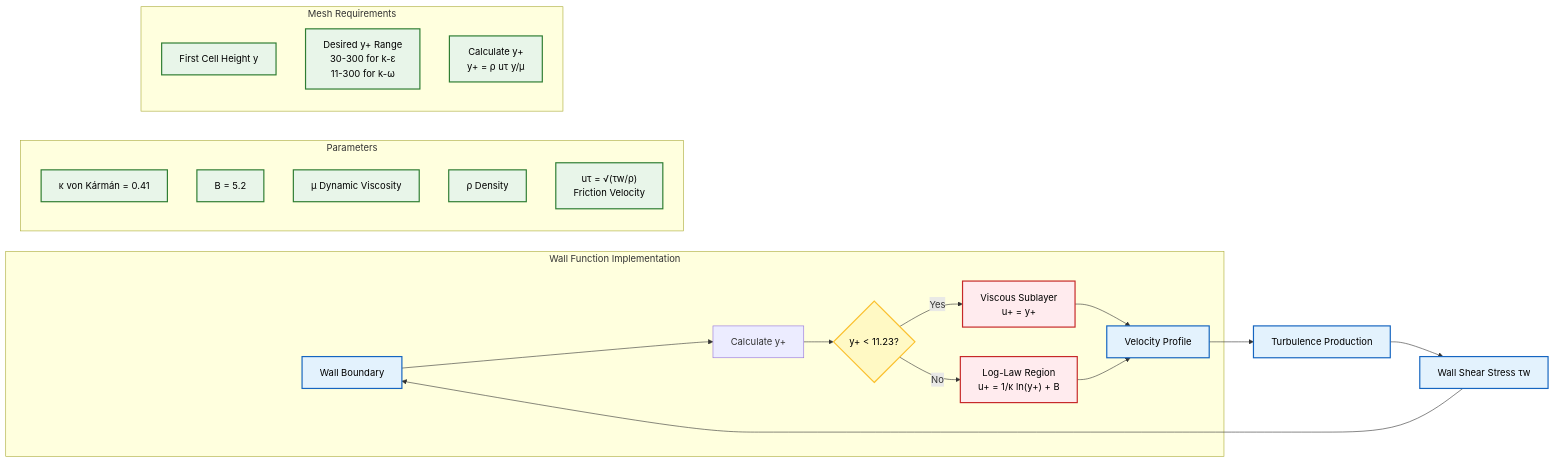
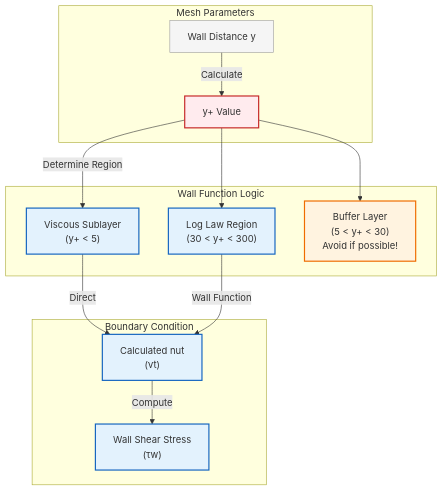
The sixth of 6 diagrams in MODULE_01_CFD_FUNDAMENTALS/CONTENT/03_BOUNDARY_CONDITIONS/08_Exercises.md (wramet/build-my-cfd), drawn with Mermaid before and after one commit. The commit also changed other lines of this file and 313 other files, not shown here.

Commit message:
Revise all diagram

````diff
--- a/MODULE_01_CFD_FUNDAMENTALS/CONTENT/03_BOUNDARY_CONDITIONS/08_Exercises.md
+++ b/MODULE_01_CFD_FUNDAMENTALS/CONTENT/03_BOUNDARY_CONDITIONS/08_Exercises.md
@@ -754,39 +755,34 @@
 ```mermaid
-graph LR
-    subgraph "Wall Function Implementation"
-        A["Wall Boundary"] --> B["Calculate y+"]
-        B --> C{"y+ < 11.23?"}
-        C -->|Yes| D["Viscous Sublayer<br/>u+ = y+"]
-        C -->|No| E["Log-Law Region<br/>u+ = 1/κ ln(y+) + B"]
-        D --> F["Velocity Profile"]
-        E --> F
-    end
+graph TD
+%% Wall Functions Implementation Flow
+subgraph Input ["Mesh Parameters"]
+y_dist["Wall Distance y"]:::context
+y_plus["y+ Value"]:::explicit
+end
 
-    subgraph "Parameters"
-        G["κ von Kármán = 0.41"]
-        H["B = 5.2"]
-        I["μ Dynamic Viscosity"]
-        J["ρ Density"]
-        K["uτ = √(τw/ρ) <br/>Friction Velocity"]
-    end
+subgraph Logic ["Wall Function Logic"]
+Viscous["Viscous Sublayer<br/>(y+ < 5)"]:::implicit
+LogLaw["Log Law Region<br/>(30 < y+ < 300)"]:::implicit
+Buffer["Buffer Layer<br/>(5 < y+ < 30)<br/>Avoid if possible!"]:::warning
+end
 
-    subgraph "Mesh Requirements"
-        L["First Cell Height y"]
-        M["Desired y+ Range<br/>30-300 for k-ε<br/>11-300 for k-ω"]
-        N["Calculate y+<br/>y+ = ρ uτ y/μ"]
-    end
+subgraph Output ["Boundary Condition"]
+Nut["Calculated nut<br/>(νt)"]:::implicit
+Shear["Wall Shear Stress<br/>(τw)"]:::implicit
+end
 
-    F --> O["Turbulence Production"]
-    O --> P["Wall Shear Stress τw"]
-    P --> A
+y_dist -->|Calculate| y_plus
+y_plus -->|Determine Region| Viscous
+y_plus --> LogLaw
+y_plus --> Buffer
 
-    classDef process fill:#e3f2fd,stroke:#1565c0,stroke-width:2px,color:#000;
-    classDef decision fill:#fff9c4,stroke:#fbc02d,stroke-width:2px,color:#000;
-    classDef terminator fill:#ffebee,stroke:#c62828,stroke-width:2px,color:#000;
-    classDef storage fill:#e8f5e9,stroke:#2e7d32,stroke-width:2px,color:#000;
+Viscous -->|Direct| Nut
+LogLaw -->|Wall Function| Nut
+Nut -->|Compute| Shear
 
-    class A,F,O,P process;
-    class C decision;
-    class D,E terminator;
-    class G,H,I,J,K,L,M,N storage;
+%% Classes
+classDef implicit fill:#e3f2fd,stroke:#1565c0,stroke-width:2px;
+classDef explicit fill:#ffebee,stroke:#c62828,stroke-width:2px;
+classDef context fill:#f5f5f5,stroke:#9e9e9e,stroke-width:1px;
+classDef warning fill:#fff3e0,stroke:#ef6c00,stroke-width:2px;
 ```
````
